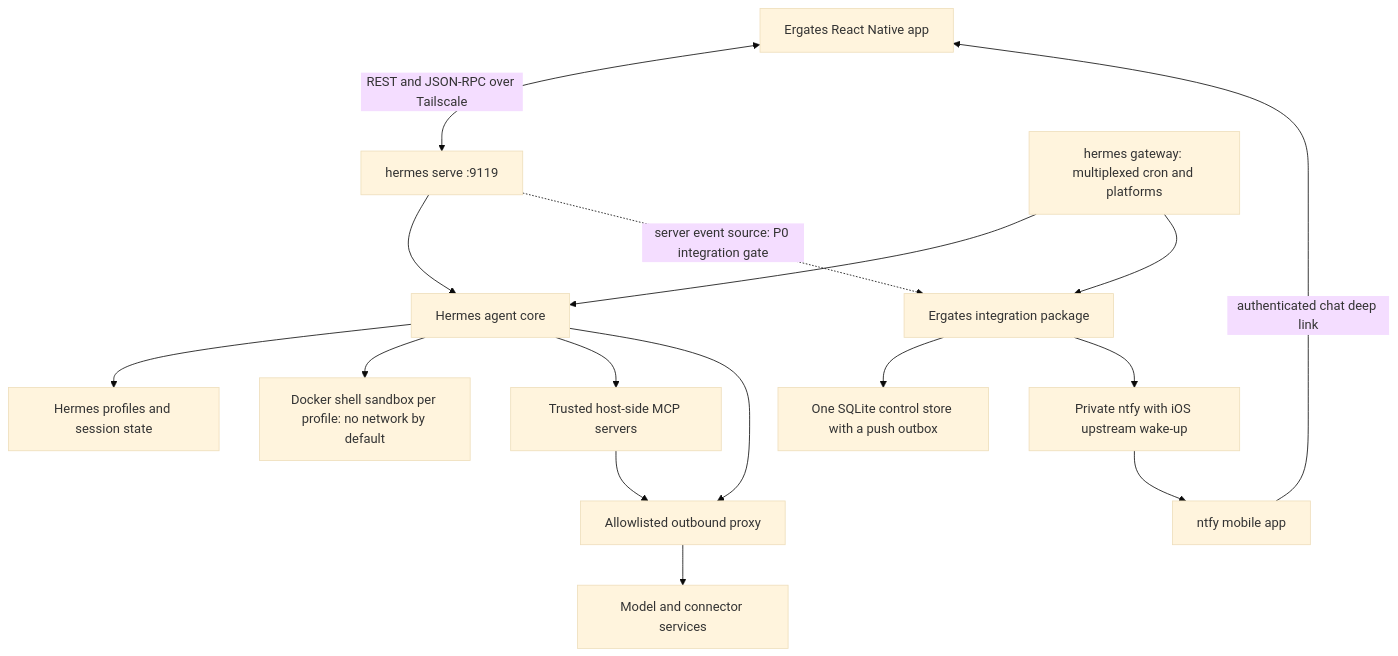
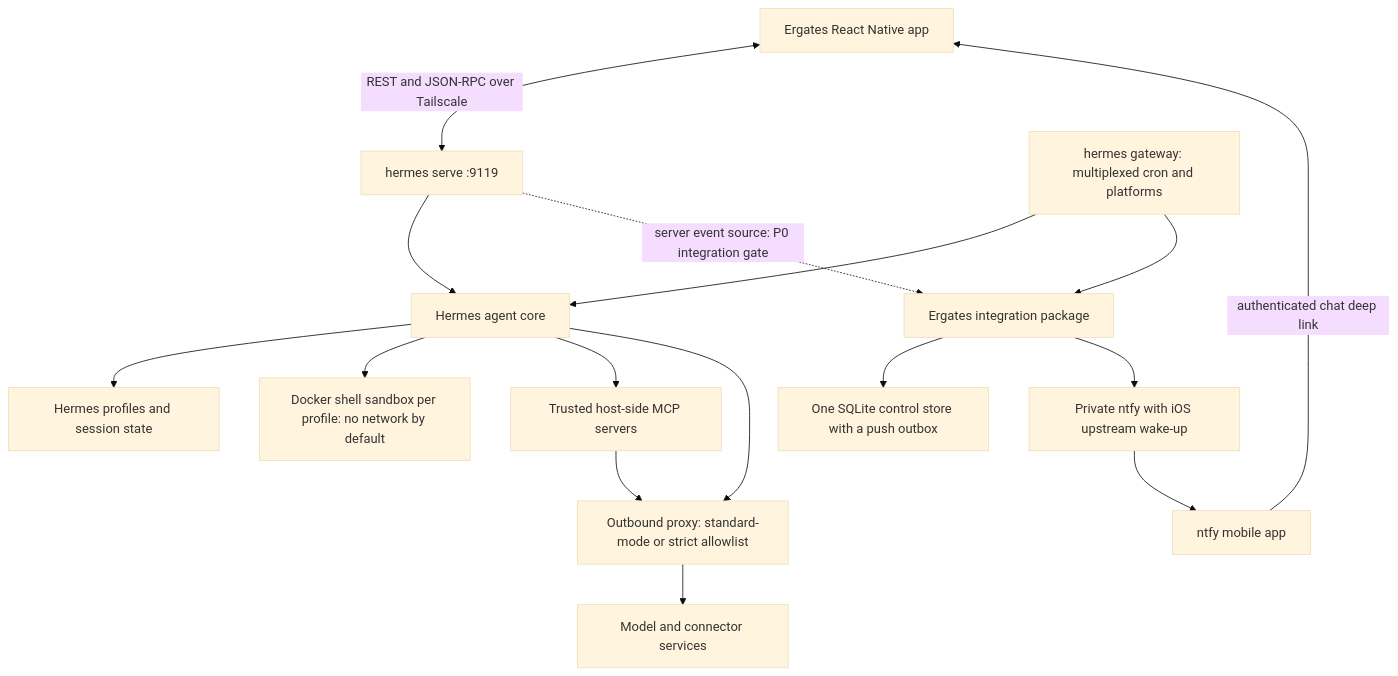
One commit to jopmiddelkamp/hermes-ergates changed the first of 2 diagrams in docs/03-technical-design.md. Above: the diagram before and after it, drawn with Mermaid (base theme). The commit also changed other lines of this file and 3 other files, not shown here.

````diff
--- a/docs/03-technical-design.md
+++ b/docs/03-technical-design.md
@@ -13,18 +13,18 @@
 ```mermaid
 flowchart TB
   APP[Ergates React Native app] <-->|REST and JSON-RPC over Tailscale| SERVE[hermes serve :9119]
   SERVE --> CORE[Hermes agent core]
   GW[hermes gateway: multiplexed cron and platforms] --> CORE
   CORE --> STATE[Hermes profiles and session state]
   CORE --> SBX[Docker shell sandbox per profile: no network by default]
   CORE --> MCP[Trusted host-side MCP servers]
-  CORE --> EDGE[Allowlisted outbound proxy]
+  CORE --> EDGE[Outbound proxy: standard-mode or strict allowlist]
   MCP --> EDGE
   EDGE --> PROVIDERS[Model and connector services]
   SERVE -.->|server event source: P0 integration gate| INT[Ergates integration package]
   GW --> INT
   INT --> RECEIPTS[One SQLite control store with a push outbox]
   INT --> NTFY[Private ntfy with iOS upstream wake-up]
   NTFY --> PHONE[ntfy mobile app]
   PHONE -->|authenticated chat deep link| APP
 ```
````
